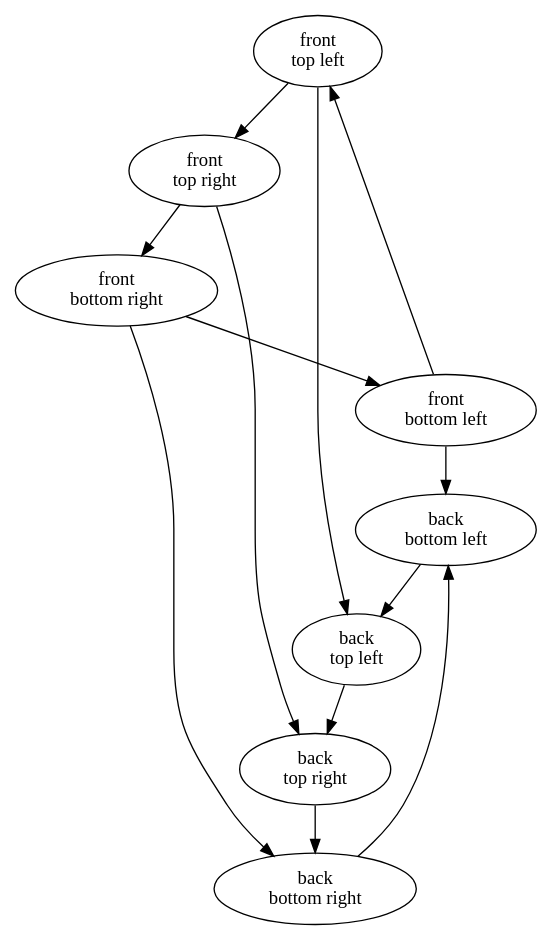
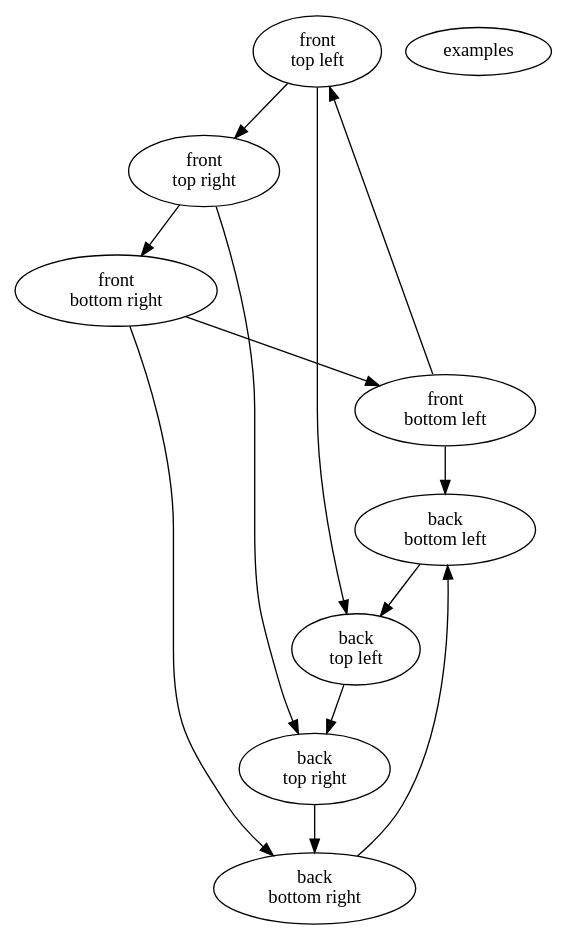
Before and after one commit to kareltucek/sane-graph-edit: the diagram in examples/cube.dot, drawn with Graphviz. The commit also changed 6 other files, not shown here.

First line of the commit message:
Examples: an index that leads to each of them, the help and the documentation

```diff
--- a/examples/cube.dot
+++ b/examples/cube.dot
@@ -1,15 +1,17 @@
 digraph cube {
   // the front face, towards the viewer
   f00 [label="front\ntop left"; pos="-200,-200,-200!"];
   f10 [label="front\ntop right"; pos="200,-200,-200!"];
   f01 [label="front\nbottom left"; pos="-200,200,-200!"];
   f11 [label="front\nbottom right"; pos="200,200,-200!"];
   // the back face
   b00 [label="back\ntop left"; pos="-200,-200,200!"];
   b10 [label="back\ntop right"; pos="200,-200,200!"];
   b01 [label="back\nbottom left"; pos="-200,200,200!"];
   b11 [label="back\nbottom right"; pos="200,200,200!"];
+  // gf on it goes back to the list of examples
+  index [label="examples"; pos="0,-420!"; link="index.dot:cube"; fillcolor="#F6EFC4"];
   f00 -> f10; f10 -> f11; f11 -> f01; f01 -> f00;
   b00 -> b10; b10 -> b11; b11 -> b01; b01 -> b00;
   f00 -> b00; f10 -> b10; f01 -> b01; f11 -> b11;
 }
```
